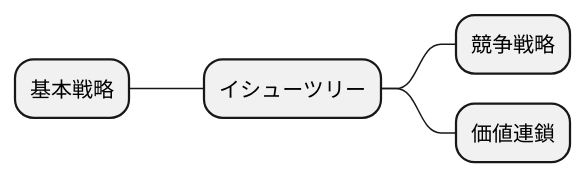
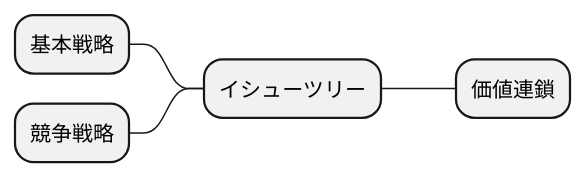
One commit to k2works/case-sutudy-business-analysis changed diagram 11 of 16 in docs/case/r0X_case_X.adoc. Above: the diagram before and after it, drawn with PlantUML. The commit also changed other lines of this file and 3 other files, not shown here.

```diff
--- a/docs/case/r0X_case_X.adoc
+++ b/docs/case/r0X_case_X.adoc
@@ -216,13 +216,13 @@
 [plantuml]
 ----
 @startmindmap
 
 * イシューツリー
 left side
 ** 基本戦略
+** 競争戦略
 right side
-** 競争戦略
 ** 価値連鎖
 
 @endmindmap
 ----
```
